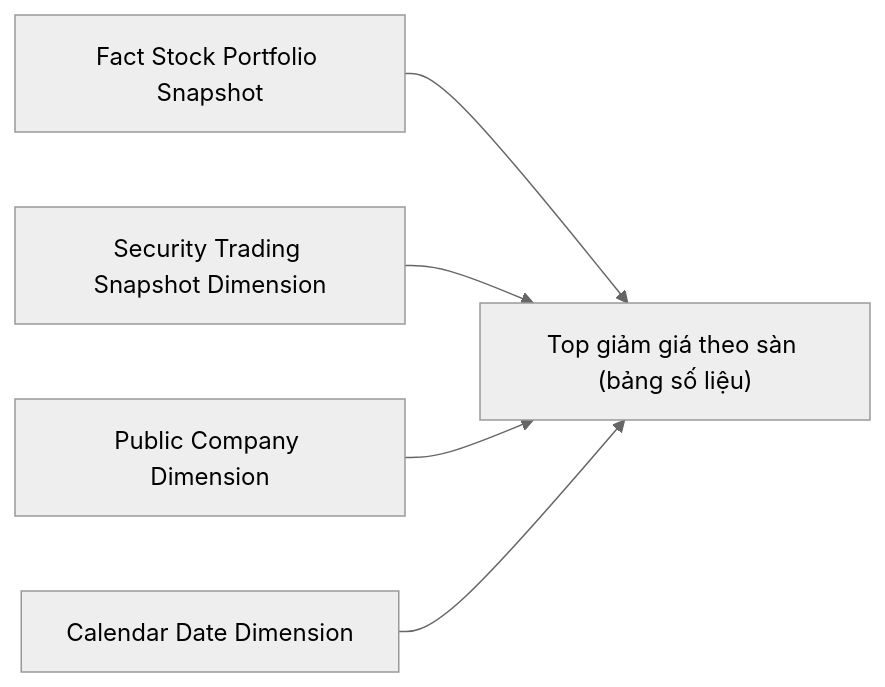
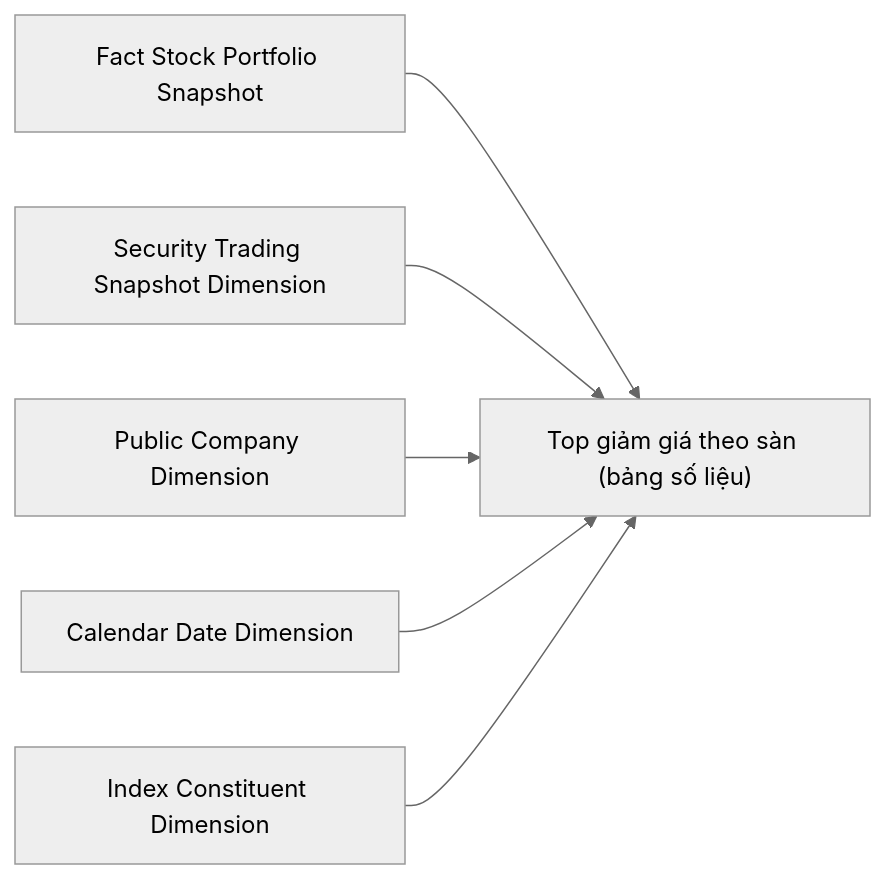
One commit to linhlvit/ubck_atomic_design changed diagram 19 of 45 in Datamart/hld/DTM_GSTT_HLD.md. Above: the diagram before and after it, drawn with Mermaid (neutral theme). The commit also changed other lines of this file and 7 other files, not shown here.

````diff
--- a/Datamart/hld/DTM_GSTT_HLD.md
+++ b/Datamart/hld/DTM_GSTT_HLD.md
@@ -1308,7 +1020,8 @@
 ```mermaid
 flowchart LR
     F1["Fact Stock Portfolio Snapshot"] --> RPT19["Top giảm giá theo sàn (bảng số liệu)"]
     D1["Security Trading Snapshot Dimension"] --> RPT19
     D2["Public Company Dimension"] --> RPT19
     D3["Calendar Date Dimension"] --> RPT19
+    D4["Index Constituent Dimension"] --> RPT19
 ```
````
